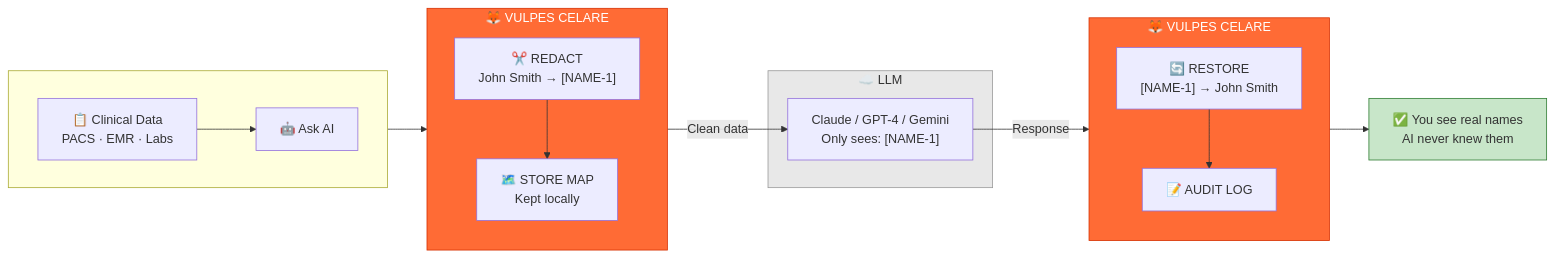
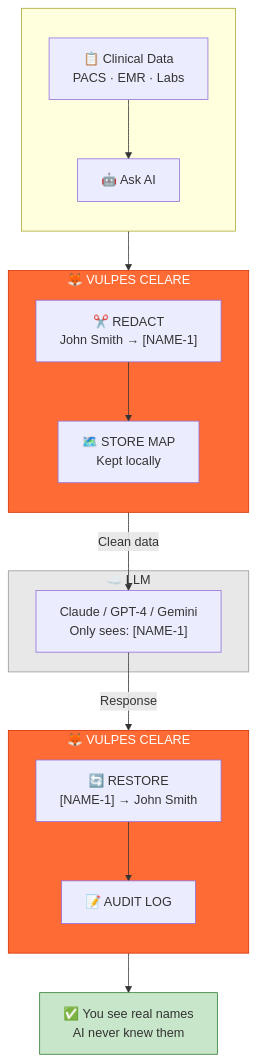
The diagram in README.md (DocHatty/Vulpes-Celare), drawn with Mermaid before and after one commit.

````diff
--- a/README.md
+++ b/README.md
@@ -36,41 +36,41 @@
 ```mermaid
-flowchart LR
+flowchart TB
     subgraph YN1 [" "]
-        direction LR
+        direction TB
         Data["📋 Clinical Data<br/>PACS · EMR · Labs"]
         Ask["🤖 Ask AI"]
         Data --> Ask
     end
 
     subgraph CORE ["🦊 VULPES CELARE"]
         direction TB
         Redact["✂️ REDACT<br/>John Smith → [NAME-1]"]
         Map["🗺️ STORE MAP<br/>Kept locally"]
         Redact --> Map
     end
 
     Ask --> Redact
 
     subgraph EXT ["☁️ LLM"]
         LLM["Claude / GPT-4 / Gemini<br/>Only sees: [NAME-1]"]
     end
 
     Map -->|"Clean data"| LLM
 
     subgraph CORE2 ["🦊 VULPES CELARE"]
         direction TB
         Restore["🔄 RESTORE<br/>[NAME-1] → John Smith"]
         Audit["📝 AUDIT LOG"]
         Restore --> Audit
     end
 
     LLM -->|"Response"| Restore
 
     Result["✅ You see real names<br/>AI never knew them"]
     Audit --> Result
 
     style CORE fill:#ff6b35,stroke:#d63000,color:#fff
     style CORE2 fill:#ff6b35,stroke:#d63000,color:#fff
     style EXT fill:#e8e8e8,stroke:#999
     style Result fill:#c8e6c9,stroke:#2e7d32
 ```
````
